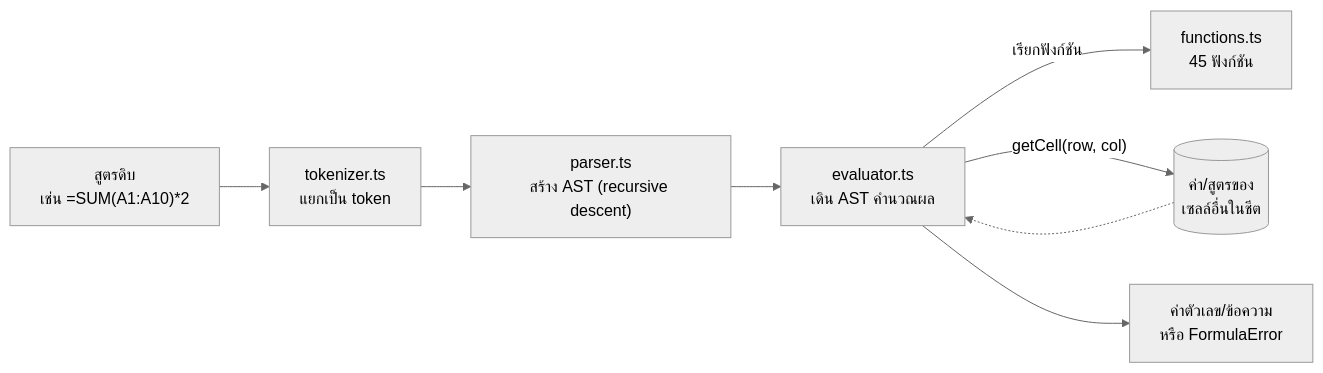
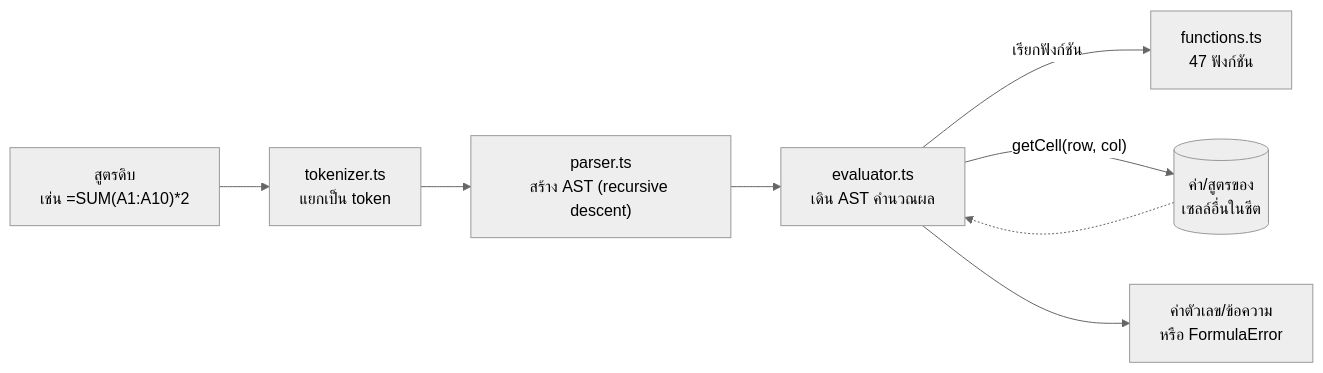
One commit to SuruchBoss/ExcelToGo changed the third of 4 diagrams in README.md. Above: the diagram before and after it, drawn with Mermaid (neutral theme). The commit also changed other lines of this file and 6 other files, not shown here.

````diff
--- a/README.md
+++ b/README.md
@@ -796,10 +796,10 @@
 ```mermaid
 flowchart LR
     Raw["สูตรดิบ<br/>เช่น =SUM(A1:A10)*2"] --> Tok["tokenizer.ts<br/>แยกเป็น token"]
     Tok --> Par["parser.ts<br/>สร้าง AST (recursive descent)"]
     Par --> Eval["evaluator.ts<br/>เดิน AST คำนวณผล"]
-    Eval -->|"เรียกฟังก์ชัน"| Fn["functions.ts<br/>45 ฟังก์ชัน"]
+    Eval -->|"เรียกฟังก์ชัน"| Fn["functions.ts<br/>47 ฟังก์ชัน"]
     Eval -->|"getCell(row, col)"| Sheet[("ค่า/สูตรของ<br/>เซลล์อื่นในชีต")]
     Sheet -.-> Eval
     Eval --> Result["ค่าตัวเลข/ข้อความ<br/>หรือ FormulaError"]
 ```
````
